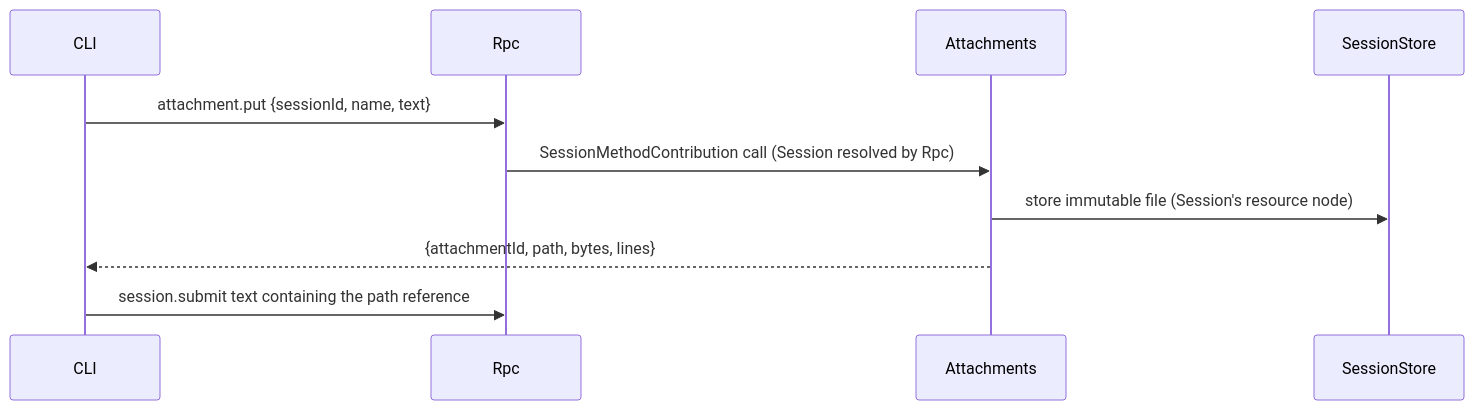
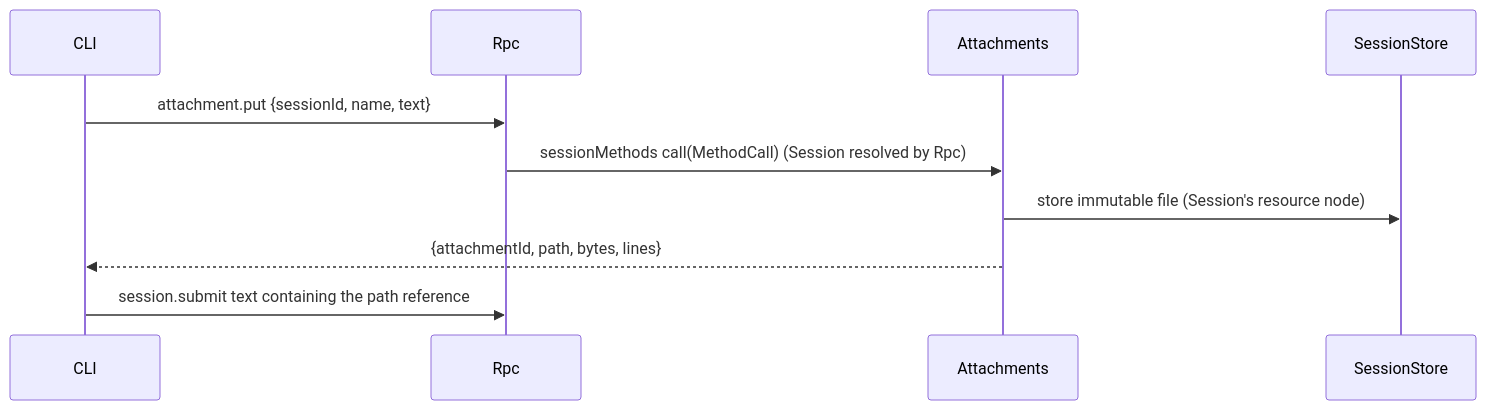
Before and after one commit to CoutinhoTTS/dim-agent: the fourth of 4 diagrams in docs/design/plugins/Attachments.md, drawn with Mermaid. The commit also changed other lines of this file and 3 other files, not shown here.

````diff
--- a/docs/design/plugins/Attachments.md
+++ b/docs/design/plugins/Attachments.md
@@ -77,12 +77,12 @@
 ```mermaid
 sequenceDiagram
   participant C as CLI
   participant R as Rpc
   participant A as Attachments
   participant SS as SessionStore
   C->>R: attachment.put {sessionId, name, text}
-  R->>A: SessionMethodContribution call (Session resolved by Rpc)
+  R->>A: sessionMethods call(MethodCall) (Session resolved by Rpc)
   A->>SS: store immutable file (Session's resource node)
   A-->>C: {attachmentId, path, bytes, lines}
   C->>R: session.submit text containing the path reference
 ```
````
